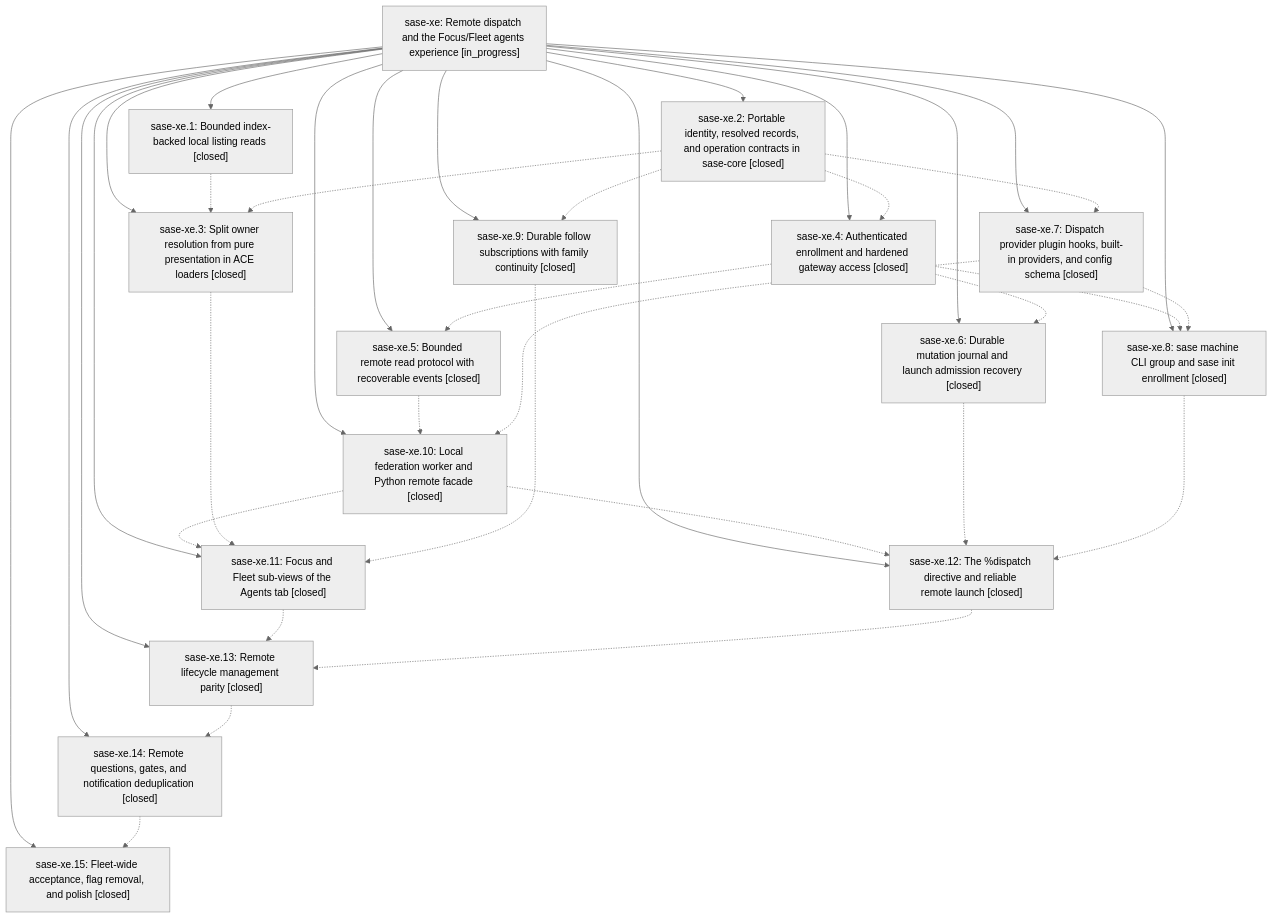
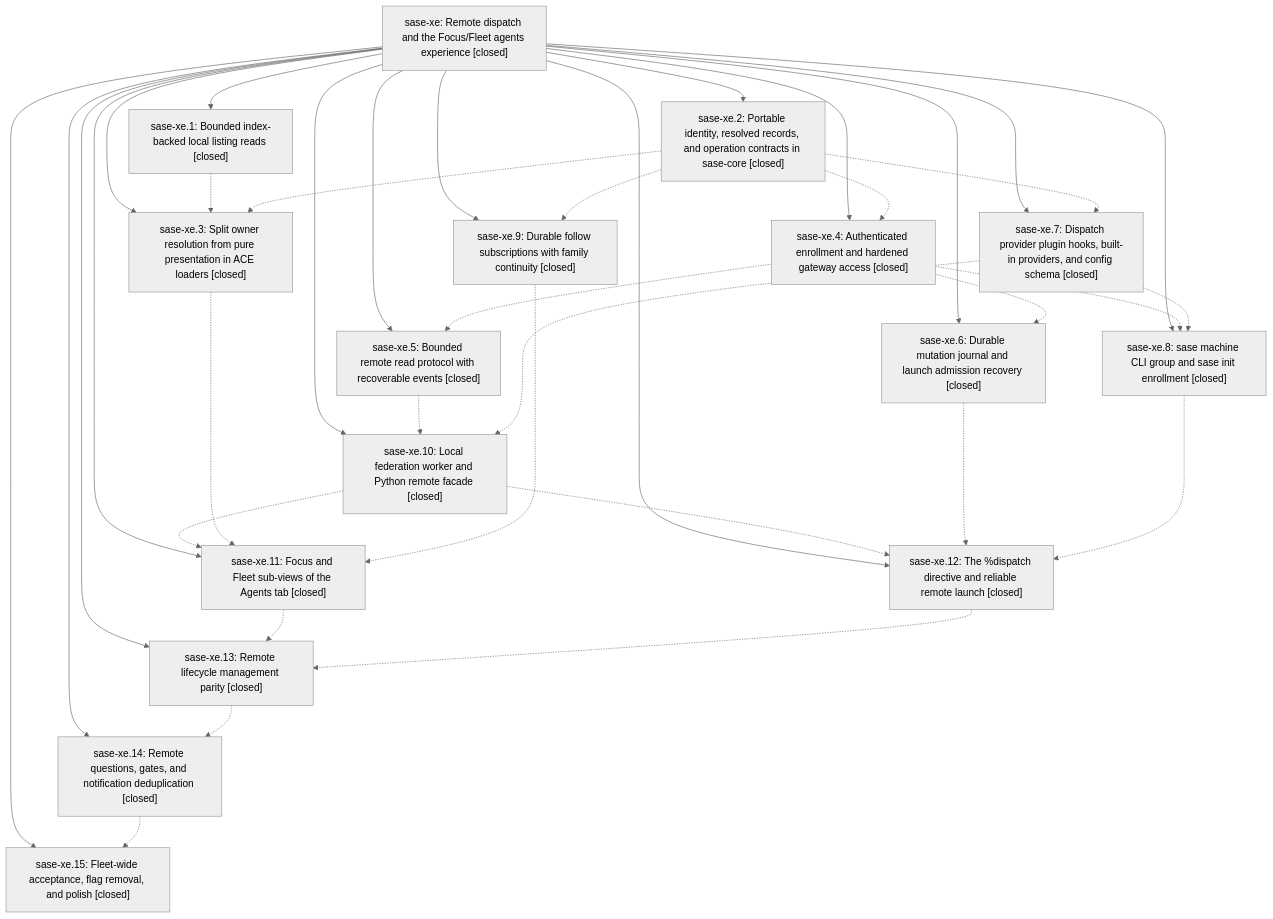
The diagram in pages/sase-xe/README.md (sase-org/sase--beads), drawn with Mermaid (neutral theme) before and after one commit. The commit also changed other lines of this file, not shown here.

First line of the commit message:
chore(beads): sync bead state and pages for sase-xe

````diff
--- a/pages/sase-xe/README.md
+++ b/pages/sase-xe/README.md
@@ -112,55 +112,55 @@
 ```mermaid
 flowchart TD
-    n0["sase-xe: Remote dispatch and the Focus/Fleet agents experience [in_progress]"]
+    n0["sase-xe: Remote dispatch and the Focus/Fleet agents experience [closed]"]
     n1["sase-xe.1: Bounded index-backed local listing reads [closed]"]
     n2["sase-xe.10: Local federation worker and Python remote facade [closed]"]
     n3["sase-xe.11: Focus and Fleet sub-views of the Agents tab [closed]"]
     n4["sase-xe.12: The %dispatch directive and reliable remote launch [closed]"]
     n5["sase-xe.13: Remote lifecycle management parity [closed]"]
     n6["sase-xe.14: Remote questions, gates, and notification deduplication [closed]"]
     n7["sase-xe.15: Fleet-wide acceptance, flag removal, and polish [closed]"]
     n8["sase-xe.2: Portable identity, resolved records, and operation contracts in sase-core [closed]"]
     n9["sase-xe.3: Split owner resolution from pure presentation in ACE loaders [closed]"]
     n10["sase-xe.4: Authenticated enrollment and hardened gateway access [closed]"]
     n11["sase-xe.5: Bounded remote read protocol with recoverable events [closed]"]
     n12["sase-xe.6: Durable mutation journal and launch admission recovery [closed]"]
     n13["sase-xe.7: Dispatch provider plugin hooks, built-in providers, and config schema [closed]"]
     n14["sase-xe.8: sase machine CLI group and sase init enrollment [closed]"]
     n15["sase-xe.9: Durable follow subscriptions with family continuity [closed]"]
     n0 --> n1
     n0 --> n2
     n0 --> n3
     n0 --> n4
     n0 --> n5
     n0 --> n6
     n0 --> n7
     n0 --> n8
     n0 --> n9
     n0 --> n10
     n0 --> n11
     n0 --> n12
     n0 --> n13
     n0 --> n14
     n0 --> n15
     n1 -.-> n9
     n2 -.-> n3
     n2 -.-> n4
     n3 -.-> n5
     n4 -.-> n5
     n5 -.-> n6
     n6 -.-> n7
     n8 -.-> n9
     n8 -.-> n10
     n8 -.-> n13
     n8 -.-> n15
     n9 -.-> n3
     n10 -.-> n11
     n10 -.-> n12
     n10 -.-> n14
     n11 -.-> n2
     n12 -.-> n4
     n13 -.-> n2
     n13 -.-> n14
     n14 -.-> n4
     n15 -.-> n3
 ```
````
